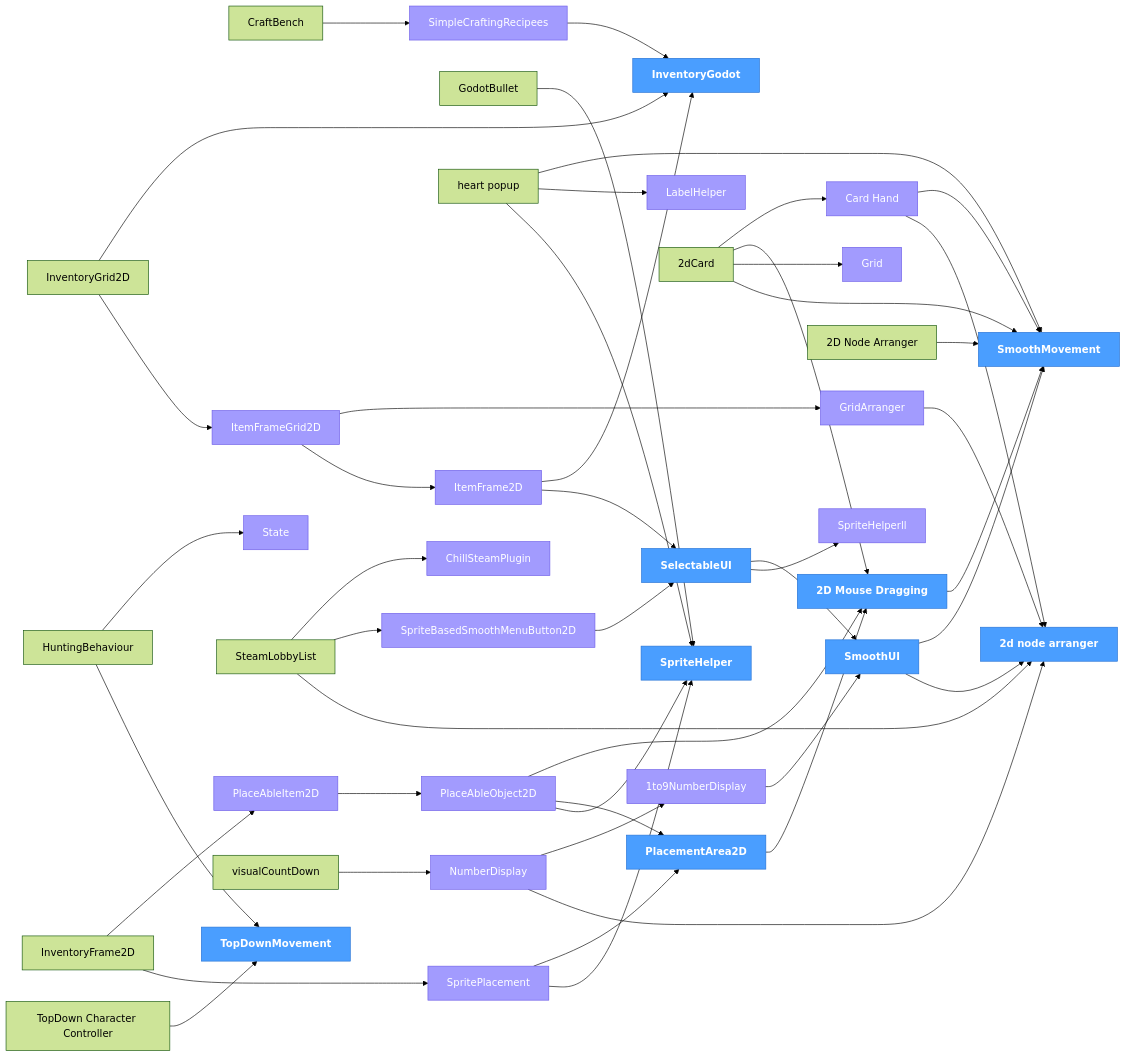
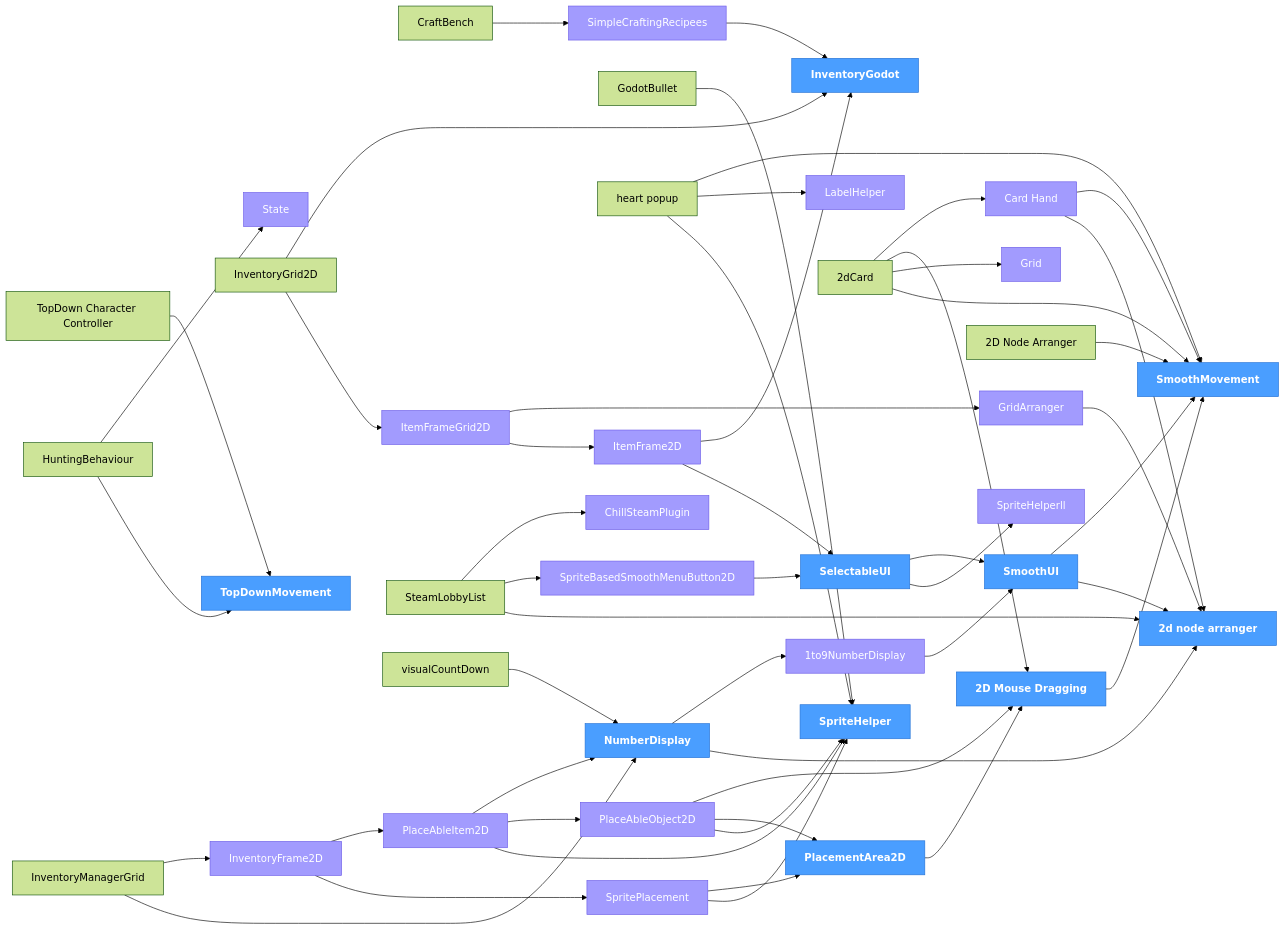
The diagram in ADDONS.md (ChillCube/.github), drawn with Mermaid (forest theme) before and after one commit. The commit also changed other lines of this file, not shown here.

Commit message:
registry: update dependency tree

```diff
--- a/ADDONS.md
+++ b/ADDONS.md
@@ -157,6 +158,7 @@
     InventoryFrame2D["InventoryFrame2D"]
     InventoryGodot["InventoryGodot"]
     InventoryGrid2D["InventoryGrid2D"]
+    InventoryManagerGrid["InventoryManagerGrid"]
     ItemFrame2D["ItemFrame2D"]
     ItemFrameGrid2D["ItemFrameGrid2D"]
     LabelHelper["LabelHelper"]
@@ -196,6 +198,8 @@
     InventoryFrame2D --> SpritePlacement
     InventoryGrid2D --> InventoryGodot
     InventoryGrid2D --> ItemFrameGrid2D
+    InventoryManagerGrid --> InventoryFrame2D
+    InventoryManagerGrid --> NumberDisplay
     ItemFrame2D --> InventoryGodot
     ItemFrame2D --> SelectableUI
     ItemFrameGrid2D --> GridArranger
@@ -208,7 +212,9 @@
     n_2D_Node_Arranger --> Godot_SmoothMovement
     NumberDisplay --> n_1to9NumberDisplay
     NumberDisplay --> n_2d_node_arranger
+    PlaceAbleItem2D --> NumberDisplay
     PlaceAbleItem2D --> PlaceAbleObject2D
+    PlaceAbleItem2D --> SpriteHelper
     PlaceAbleObject2D --> Godot_2D_Mouse_Dragging
     PlaceAbleObject2D --> PlacementArea2D
     PlaceAbleObject2D --> SpriteHelper
@@ -232,13 +238,14 @@
     class Godot_SmoothMovement core
     class Godot_SpriteBasedSmoothMenuButton2D shared
     class GridArranger shared
+    class InventoryFrame2D shared
     class InventoryGodot core
     class ItemFrame2D shared
     class ItemFrameGrid2D shared
     class LabelHelper shared
     class n_1to9NumberDisplay shared
     class n_2d_node_arranger core
-    class NumberDisplay shared
+    class NumberDisplay core
     class PlaceAbleItem2D shared
     class PlaceAbleObject2D shared
     class PlacementArea2D core
@@ -266,6 +273,7 @@
     click InventoryFrame2D href "https://github.com/ChillCube/InventoryFrame2D" _blank
     click InventoryGodot href "https://github.com/ChillCube/InventoryGodot" _blank
     click InventoryGrid2D href "https://github.com/ChillCube/InventoryGrid2D" _blank
+    click InventoryManagerGrid href "https://github.com/ChillCube/InventoryManagerGrid" _blank
     click ItemFrame2D href "https://github.com/ChillCube/ItemFrame2D" _blank
     click ItemFrameGrid2D href "https://github.com/ChillCube/ItemFrameGrid2D" _blank
     click LabelHelper href "https://github.com/ChillCube/LabelHelper" _blank
```
